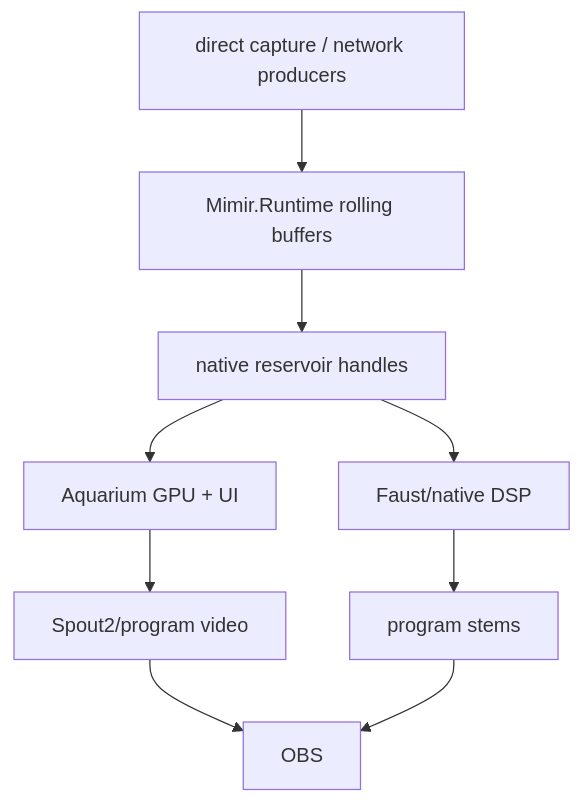
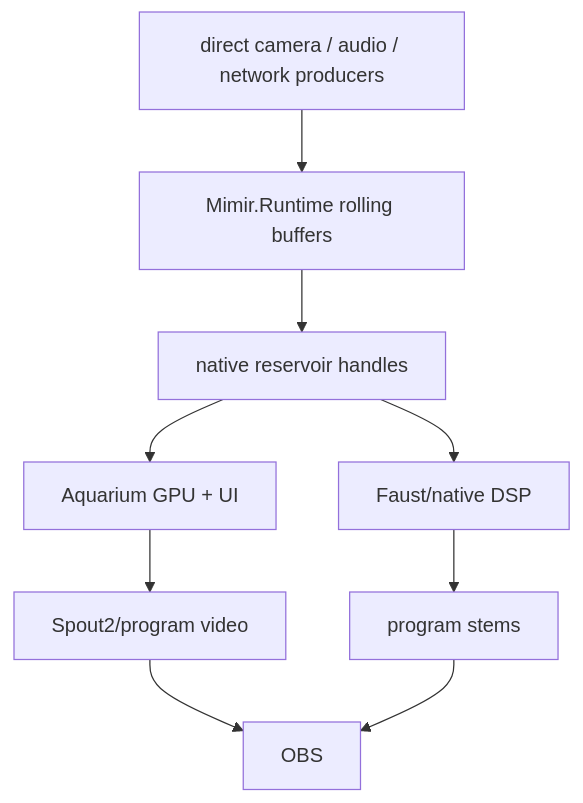
Before and after one commit to GameCult/Mimir: the diagram in docs/perfect-machine.md, drawn with Mermaid. The commit also changed other lines of this file and 4 other files, not shown here.

Commit message:
Refresh public Mimir architecture docs

````diff
--- a/docs/perfect-machine.md
+++ b/docs/perfect-machine.md
@@ -13,11 +16,11 @@
 ```mermaid
 flowchart TD
-    A["direct capture / network producers"] --> B["Mimir.Runtime rolling buffers"]
+    A["direct camera / audio / network producers"] --> B["Mimir.Runtime rolling buffers"]
     B --> C["native reservoir handles"]
     C --> D["Aquarium GPU + UI"]
     C --> E["Faust/native DSP"]
     D --> F["Spout2/program video"]
     E --> G["program stems"]
     F --> H["OBS"]
     G --> H
 ```
````
